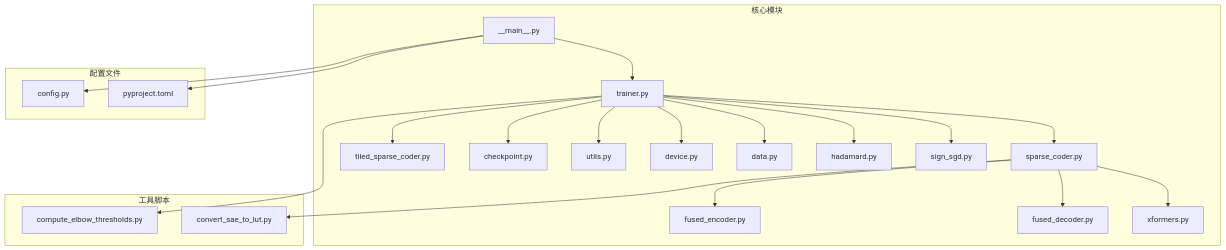
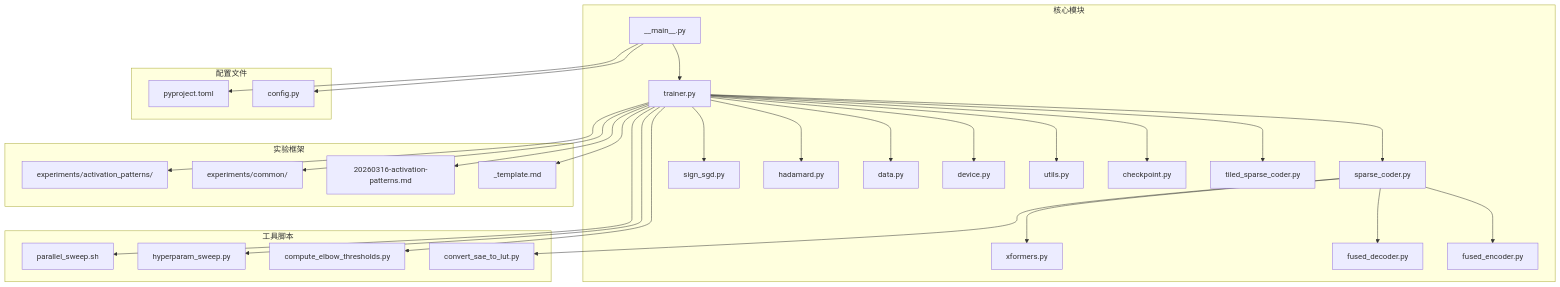
The first of 10 diagrams in .qoder/repowiki/zh/content/Developer Guide.md (duanzhaol/sparsify), drawn with Mermaid before and after one commit. The commit also changed other lines of this file and 6 other files, not shown here.

````diff
--- a/.qoder/repowiki/zh/content/Developer Guide.md
+++ b/.qoder/repowiki/zh/content/Developer Guide.md
@@ -55,29 +69,43 @@
 ```mermaid
 graph TB
 subgraph "核心模块"
 A[__main__.py] --> B[trainer.py]
 B --> C[sparse_coder.py]
 B --> D[tiled_sparse_coder.py]
 C --> E[fused_encoder.py]
 C --> F[fused_decoder.py]
 B --> G[checkpoint.py]
 B --> H[utils.py]
 B --> I[device.py]
 B --> J[data.py]
 B --> K[hadamard.py]
 B --> L[sign_sgd.py]
 C --> M[xformers.py]
 end
 subgraph "配置文件"
 N[config.py]
 O[pyproject.toml]
 end
 subgraph "工具脚本"
 P[compute_elbow_thresholds.py]
 Q[convert_sae_to_lut.py]
+R[hyperparam_sweep.py]
+S[parallel_sweep.sh]
+end
+subgraph "实验框架"
+T[_template.md]
+U[20260316-activation-patterns.md]
+V[experiments/common/]
+W[experiments/activation_patterns/]
 end
 A --> N
 A --> O
 B --> P
 C --> Q
+B --> R
+B --> S
+B --> T
+B --> U
+B --> V
+B --> W
 ```
````
